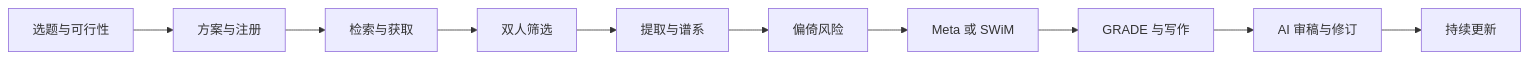
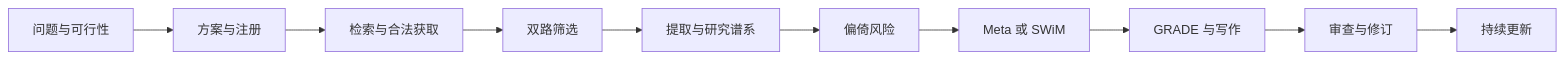
One commit to fsy2004/MetaWingman changed the diagram in README.md. Above: the diagram before and after it, drawn with Mermaid. The commit also changed other lines of this file and 71 other files, not shown here.

````diff
--- a/README.md
+++ b/README.md
@@ -248,12 +57,12 @@
 ```mermaid
 flowchart LR
-    A[选题与可行性] --> B[方案与注册]
-    B --> C[检索与获取]
-    C --> D[双人筛选]
-    D --> E[提取与谱系]
+    A[问题与可行性] --> B[方案与注册]
+    B --> C[检索与合法获取]
+    C --> D[双路筛选]
+    D --> E[提取与研究谱系]
     E --> F[偏倚风险]
     F --> G[Meta 或 SWiM]
     G --> H[GRADE 与写作]
-    H --> I[AI 审稿与修订]
+    H --> I[审查与修订]
     I --> J[持续更新]
 ```
````
